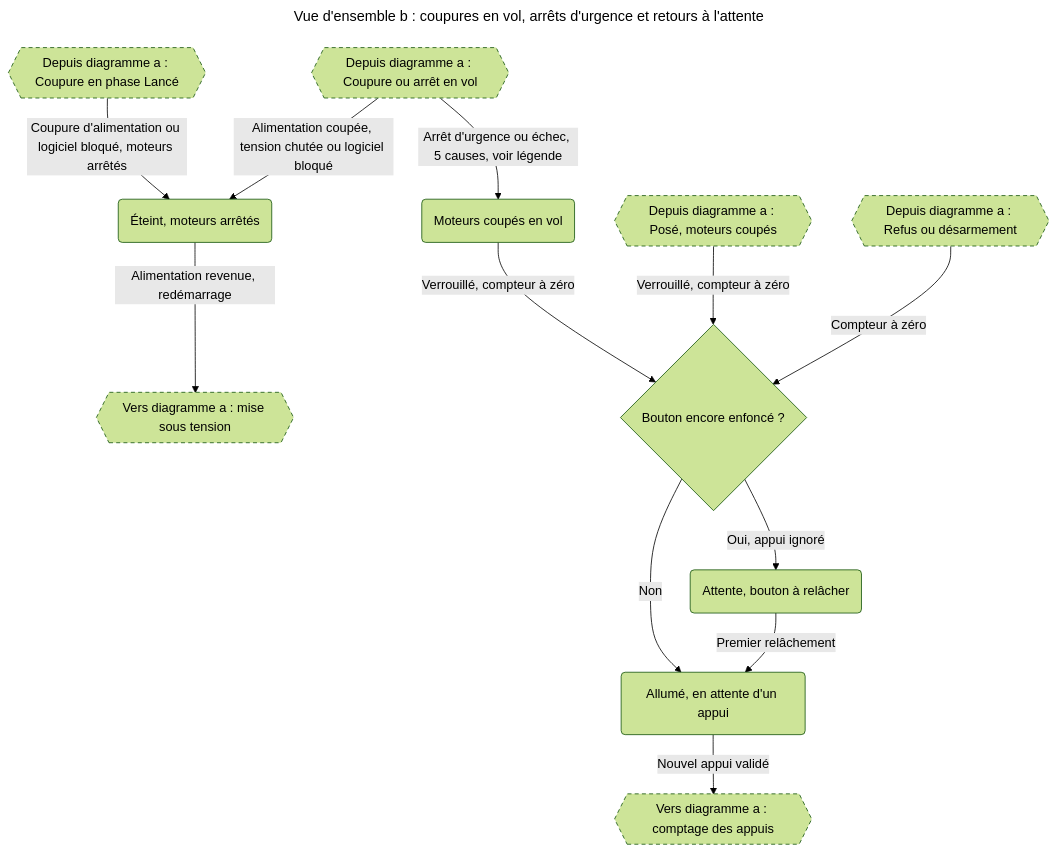
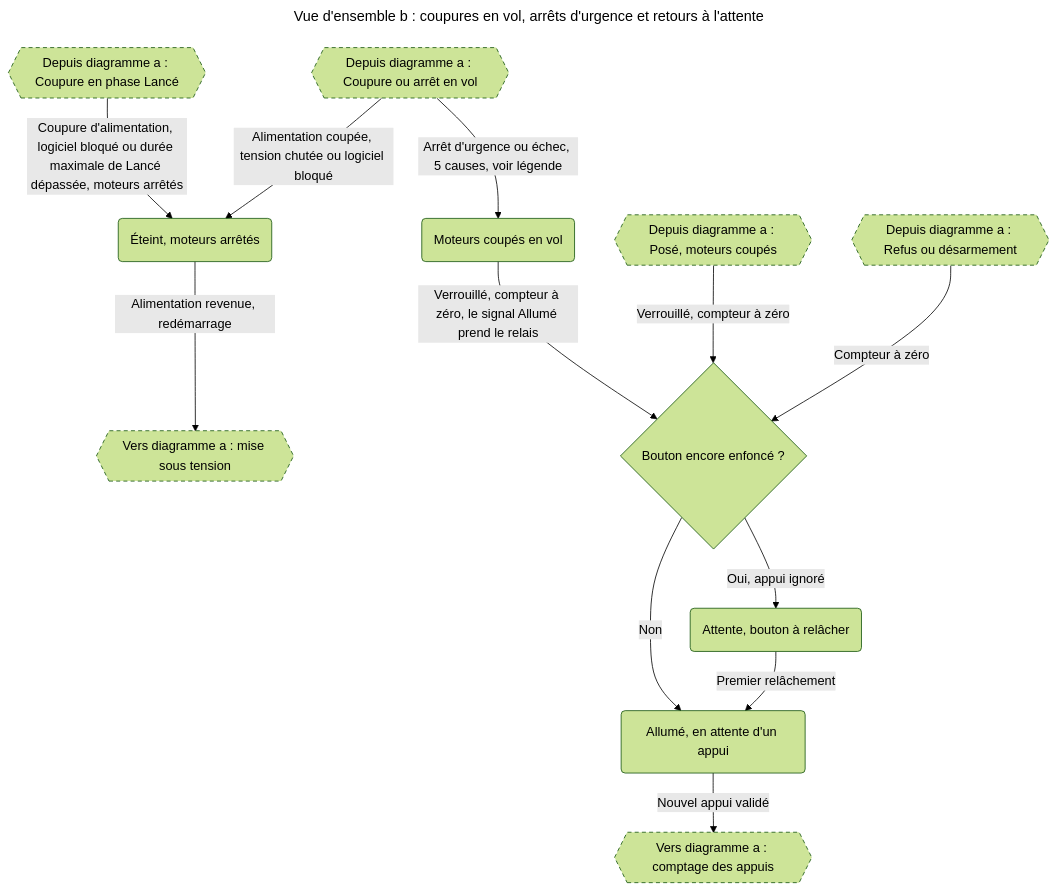
One commit to thourymatthieu-png/coworker_archi_system changed the third of 15 diagrams in projets/boomrone/00-scenarios.md. Above: the diagram before and after it, drawn with Mermaid (forest theme). The commit also changed other lines of this file and 6 other files, not shown here.

````diff
--- a/projets/boomrone/00-scenarios.md
+++ b/projets/boomrone/00-scenarios.md
@@ -121,30 +122,30 @@
 ```mermaid
 ---
 title: "Vue d'ensemble b : coupures en vol, arrêts d'urgence et retours à l'attente"
 ---
 flowchart TD
     RAL{{"Depuis diagramme a : Coupure en phase Lancé"}}
     RAV{{"Depuis diagramme a : Coupure ou arrêt en vol"}}
     RAP{{"Depuis diagramme a : Posé, moteurs coupés"}}
     RAR{{"Depuis diagramme a : Refus ou désarmement"}}
     Coupe("Moteurs coupés en vol")
     Eteint("Éteint, moteurs arrêtés")
     VersA{{"Vers diagramme a : mise sous tension"}}
     Dec{"Bouton encore enfoncé ?"}
     Attente("Allumé, en attente d'un appui")
     ARel("Attente, bouton à relâcher")
     VersA2{{"Vers diagramme a : comptage des appuis"}}
-    RAL -->|"Coupure d'alimentation ou logiciel bloqué, moteurs arrêtés"| Eteint
+    RAL -->|"Coupure d'alimentation, logiciel bloqué ou durée maximale de Lancé dépassée, moteurs arrêtés"| Eteint
     RAV -->|"Arrêt d'urgence ou échec, 5 causes, voir légende"| Coupe
     RAV -->|"Alimentation coupée, tension chutée ou logiciel bloqué"| Eteint
     Eteint -->|"Alimentation revenue, redémarrage"| VersA
-    Coupe -->|"Verrouillé, compteur à zéro"| Dec
+    Coupe -->|"Verrouillé, compteur à zéro, le signal Allumé prend le relais"| Dec
     RAP -->|"Verrouillé, compteur à zéro"| Dec
     RAR -->|"Compteur à zéro"| Dec
     Dec -->|"Non"| Attente
     Dec -->|"Oui, appui ignoré"| ARel
     ARel -->|"Premier relâchement"| Attente
     Attente -->|"Nouvel appui validé"| VersA2
     classDef renvoi stroke-dasharray: 5 4
     class RAL,RAV,RAP,RAR,VersA,VersA2 renvoi
 ```
````
